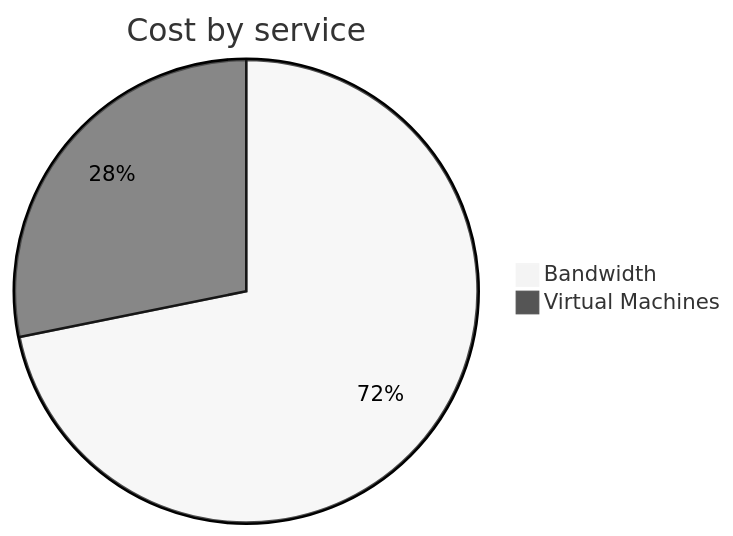
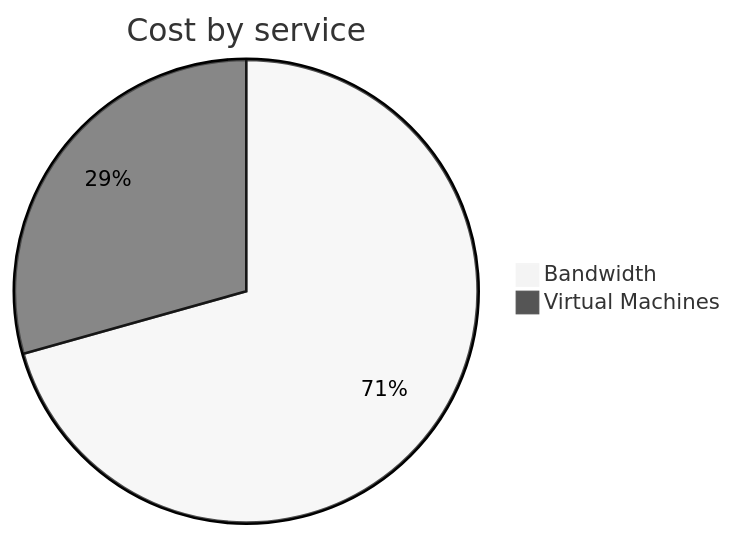
Before and after one commit to jpfulton/azure-personal-reports: the second of 4 diagrams in cost-reports/personal-network/vpn-server.md, drawn with Mermaid (neutral theme). The commit also changed other lines of this file and 8 other files, not shown here.

````diff
--- a/cost-reports/personal-network/vpn-server.md
+++ b/cost-reports/personal-network/vpn-server.md
@@ -92,6 +92,6 @@
 ```mermaid
 pie
    title Cost by service
    "Bandwidth" : 8.16
-   "Virtual Machines" : 3.20
+   "Virtual Machines" : 3.39
 ```
````
